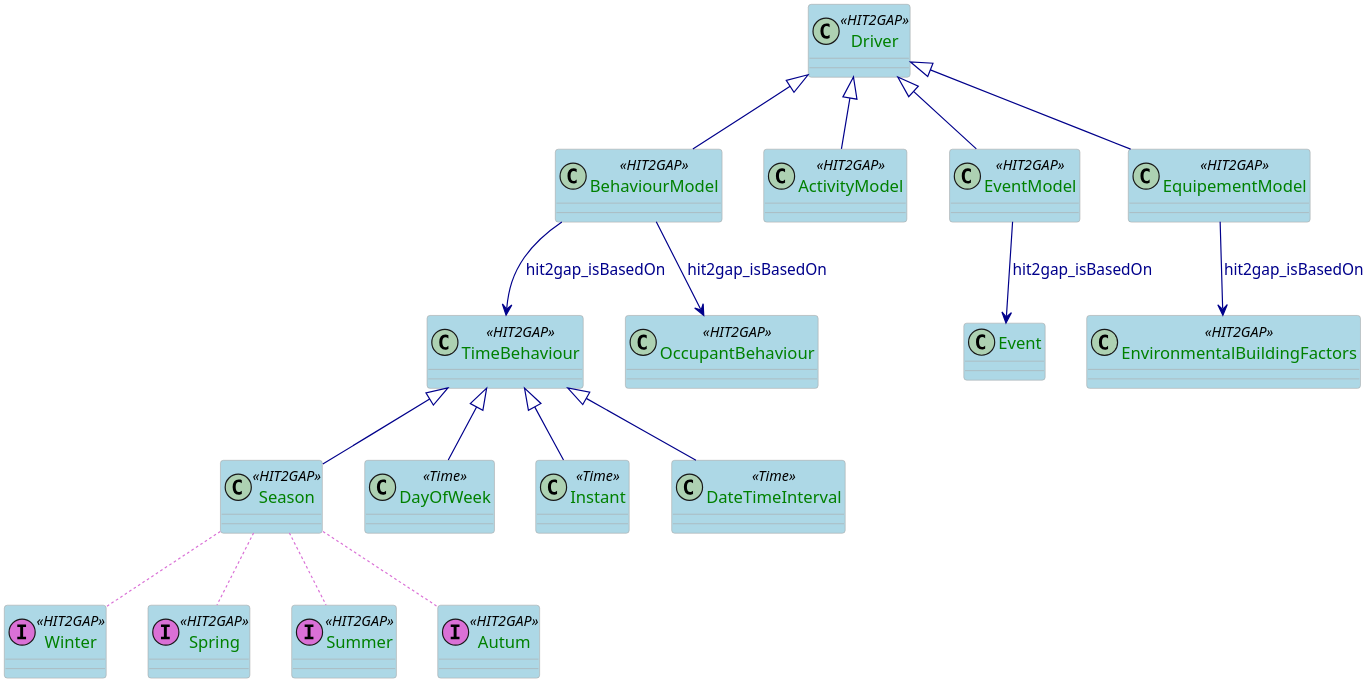
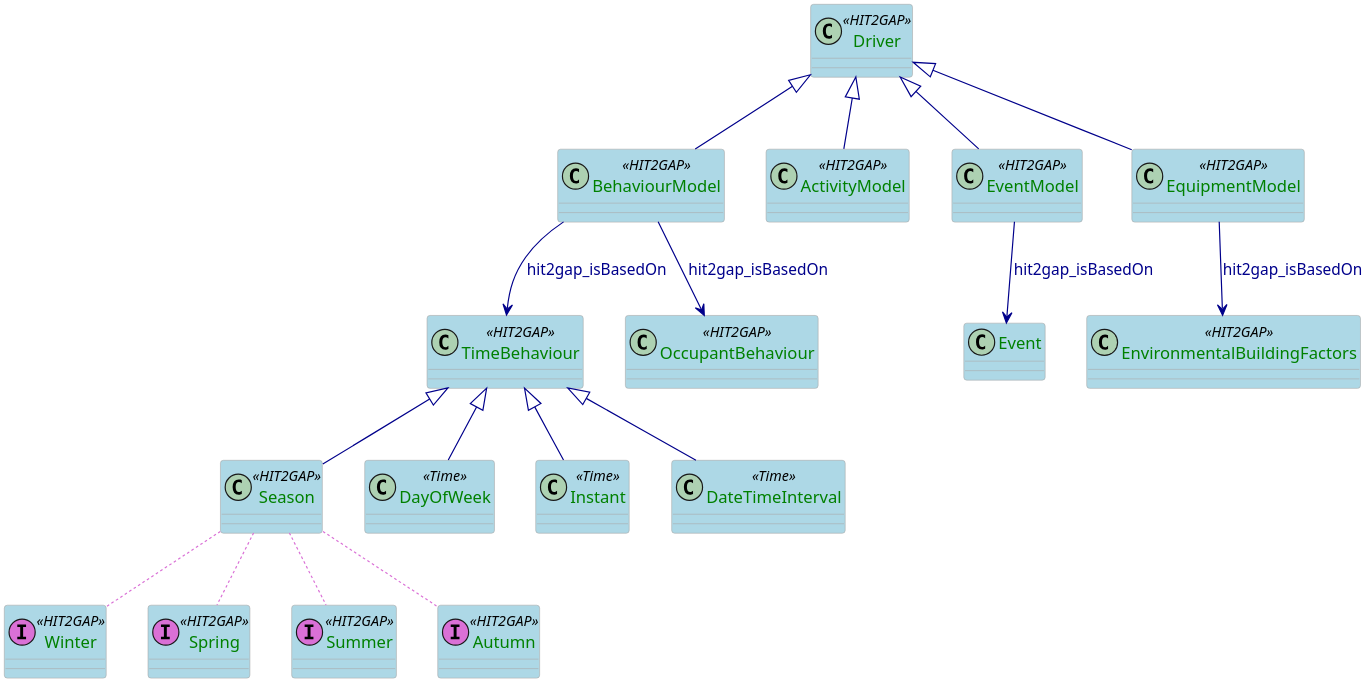
One commit to HIT2GAP-EU-PROJECT/BEMOnt changed the diagram in docs/plantuml/DriversSpecificationModel.puml. Above: the diagram before and after it, drawn with PlantUML. The commit also changed 48 other files, not shown here.

```diff
--- a/docs/plantuml/DriversSpecificationModel.puml
+++ b/docs/plantuml/DriversSpecificationModel.puml
@@ -1,86 +1,86 @@
 @startuml
 
 skinparam class {
   ArrowColor DarkBlue
   ArrowFontColor DarkBlue
   BackgroundColor LightBlue
   BorderColor DarkGrey
 }
 skinparam dpi 300
 skinparam stereotypeCBackgroundColor Wheat
 skinparam classAttributeFontColor  Green
 
 class Driver <<HIT2GAP>>{
 
 }
 class BehaviourModel <<HIT2GAP>>{
 }
 class ActivityModel <<HIT2GAP>>{
 }
 
 class EventModel <<HIT2GAP>>{
 }
 
-class EquipementModel <<HIT2GAP>>{
+class EquipmentModel <<HIT2GAP>>{
 }
 class TimeBehaviour <<HIT2GAP>>{
 
 }
 
 class Season <<HIT2GAP>>{
 
 }
 
 class Winter <<(I,orchid) HIT2GAP>>{
 
 }
 class Spring <<(I,orchid) HIT2GAP>>{
 
 }
 class Summer <<(I,orchid) HIT2GAP>>{
 
 }
-class Autum <<(I,orchid) HIT2GAP>>{
+class Autumn <<(I,orchid) HIT2GAP>>{
 
 }
 
 class DayOfWeek <<Time>>{
 
 }
 class OccupantBehaviour<<HIT2GAP>>{
 
 }
 class EnvironmentalBuildingFactors <<HIT2GAP>>{
 
 }
 class Instant <<Time>>{
 
 }
 
 class DateTimeInterval <<Time>>{
 
 }
 
 
 
 Driver <|-- BehaviourModel
 Driver <|-- ActivityModel
 Driver <|-- EventModel
-Driver <|-- EquipementModel
+Driver <|-- EquipmentModel
 
 EventModel --> Event: hit2gap_isBasedOn 
-EquipementModel --> EnvironmentalBuildingFactors: hit2gap_isBasedOn
+EquipmentModel --> EnvironmentalBuildingFactors: hit2gap_isBasedOn
 BehaviourModel --> TimeBehaviour: hit2gap_isBasedOn
 BehaviourModel --> OccupantBehaviour:hit2gap_isBasedOn
 
 TimeBehaviour <|-- Season
 TimeBehaviour <|-- Instant
 TimeBehaviour <|-- DayOfWeek
 TimeBehaviour <|-- DateTimeInterval
 Season ..[#orchid] Winter
 Season..[#orchid] Summer
 Season..[#orchid] Spring
-Season..[#orchid] Autum
+Season..[#orchid] Autumn
 
 
 @enduml
```
